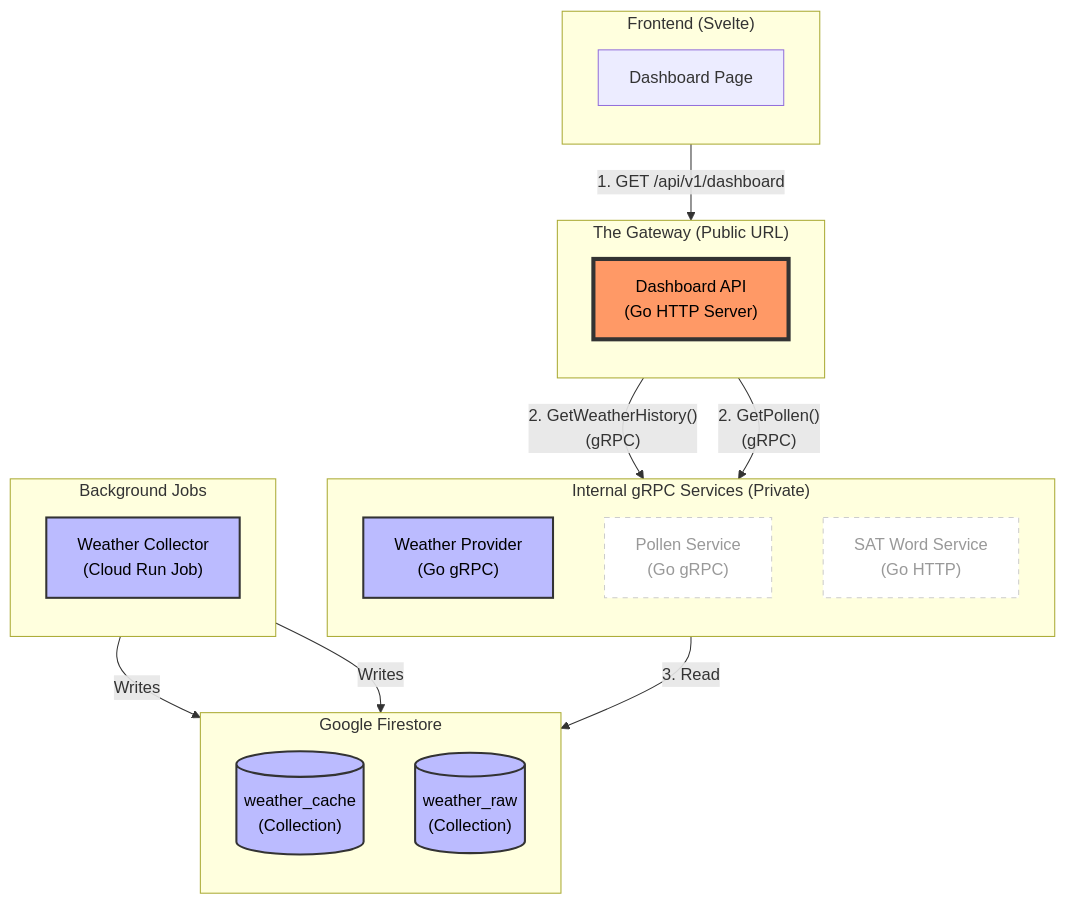
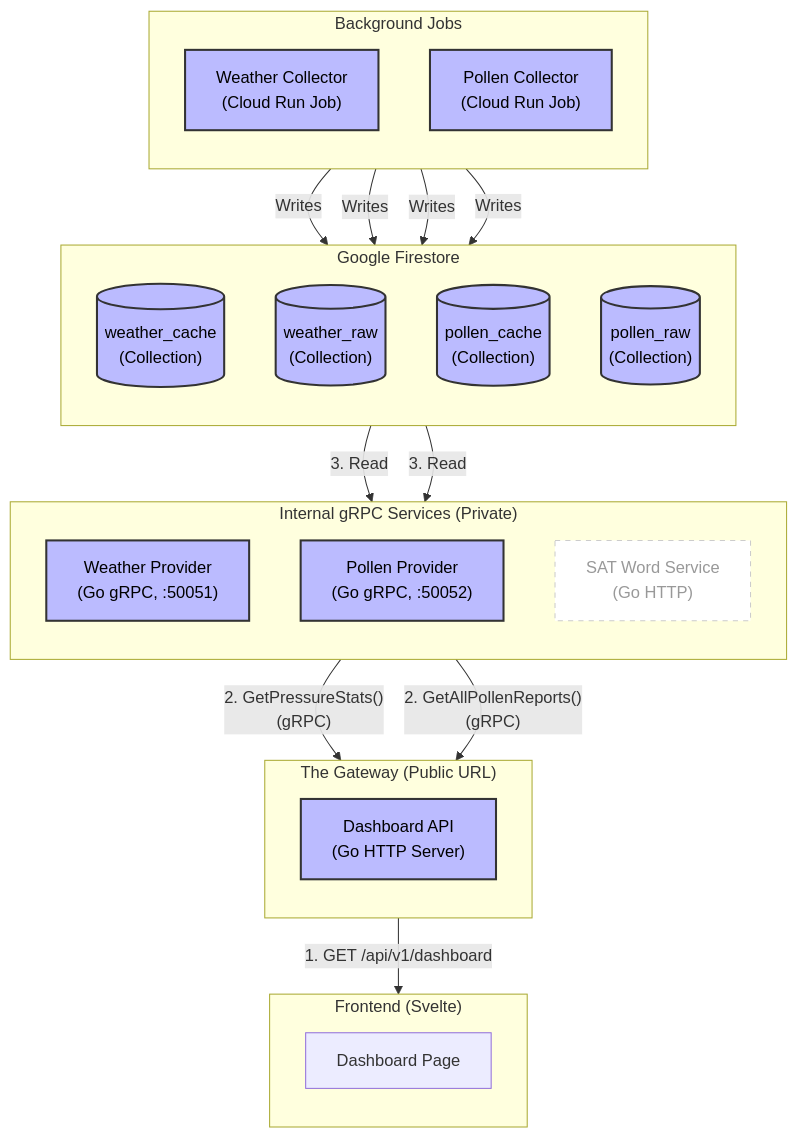
The diagram in docs/ARCHITECTURE_INFRASTRUCTURE.md (nickfang/personal-dashboard), drawn with Mermaid before and after one commit. The commit also changed 2 other files, not shown here.

Commit message:
updating architecture documents. (#37)

````diff
--- a/docs/ARCHITECTURE_INFRASTRUCTURE.md
+++ b/docs/ARCHITECTURE_INFRASTRUCTURE.md
@@ -5,52 +5,51 @@
 ```mermaid
 flowchart TD
     subgraph Frontend ["Frontend (Svelte)"]
         direction TB
         UI_Dash[Dashboard Page]
     end
 
     subgraph Aggregator ["The Gateway (Public URL)"]
         direction TB
-        %% This is the "BFF" that Svelte talks to
-        %% CURRENT: Implementing this now
-        S_Dash["Dashboard API<br/>(Go HTTP Server)"]:::next
+        S_Dash["Dashboard API<br/>(Go HTTP Server)"]:::done
     end
 
     subgraph Microservices ["Internal gRPC Services (Private)"]
         direction TB
-        %% DONE: Implemented and deployed
-        S_Weath["Weather Provider<br/>(Go gRPC)"]:::done
-        
-        %% Future services
-        S_Poll["Pollen Service<br/>(Go gRPC)"]:::future
+        S_Weath["Weather Provider<br/>(Go gRPC, :50051)"]:::done
+        S_Poll["Pollen Provider<br/>(Go gRPC, :50052)"]:::done
         S_Sat["SAT Word Service<br/>(Go HTTP)"]:::future
     end
 
     subgraph Background ["Background Jobs"]
         direction TB
-        %% DONE: Implemented and deployed
         J_Weath["Weather Collector<br/>(Cloud Run Job)"]:::done
+        J_Poll["Pollen Collector<br/>(Cloud Run Job)"]:::done
     end
 
     subgraph Data ["Google Firestore"]
         direction TB
         DB_Weath[("weather_cache<br/>(Collection)")]:::done
         DB_Raw[("weather_raw<br/>(Collection)")]:::done
+        DB_PolCache[("pollen_cache<br/>(Collection)")]:::done
+        DB_PolRaw[("pollen_raw<br/>(Collection)")]:::done
     end
 
-    %% Wiring
-    UI_Dash -- "1. GET /api/v1/dashboard" --> S_Dash
-    
-    S_Dash -- "2. GetWeatherHistory()<br/>(gRPC)" --> S_Weath
-    S_Dash -- "2. GetPollen()<br/>(gRPC)" --> S_Poll
-    
-    S_Weath -- "3. Read" --> DB_Weath
-    
+    %% Data Flow (arrows follow data direction)
+    DB_Weath -- "3. Read" --> S_Weath
+    DB_PolCache -- "3. Read" --> S_Poll
+
+    S_Weath -- "2. GetPressureStats()<br/>(gRPC)" --> S_Dash
+    S_Poll -- "2. GetAllPollenReports()<br/>(gRPC)" --> S_Dash
+
+    S_Dash -- "1. GET /api/v1/dashboard" --> UI_Dash
+
     J_Weath -- "Writes" --> DB_Weath
     J_Weath -- "Writes" --> DB_Raw
+    J_Poll -- "Writes" --> DB_PolCache
+    J_Poll -- "Writes" --> DB_PolRaw
 
     %% Styling
     classDef done fill:#bbf,stroke:#333,stroke-width:2px,color:black;
-    classDef next fill:#f96,stroke:#333,stroke-width:4px,color:black;
     classDef future fill:#fff,stroke:#ccc,stroke-width:1px,color:#999,stroke-dasharray: 5 5;
 ```
````
